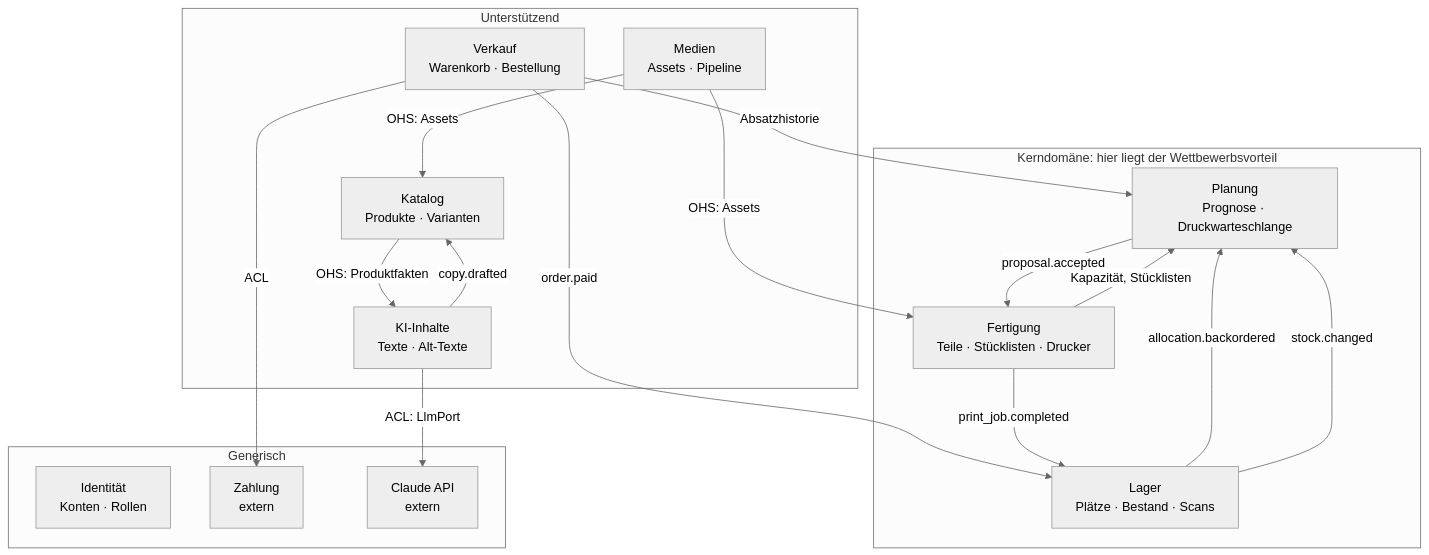
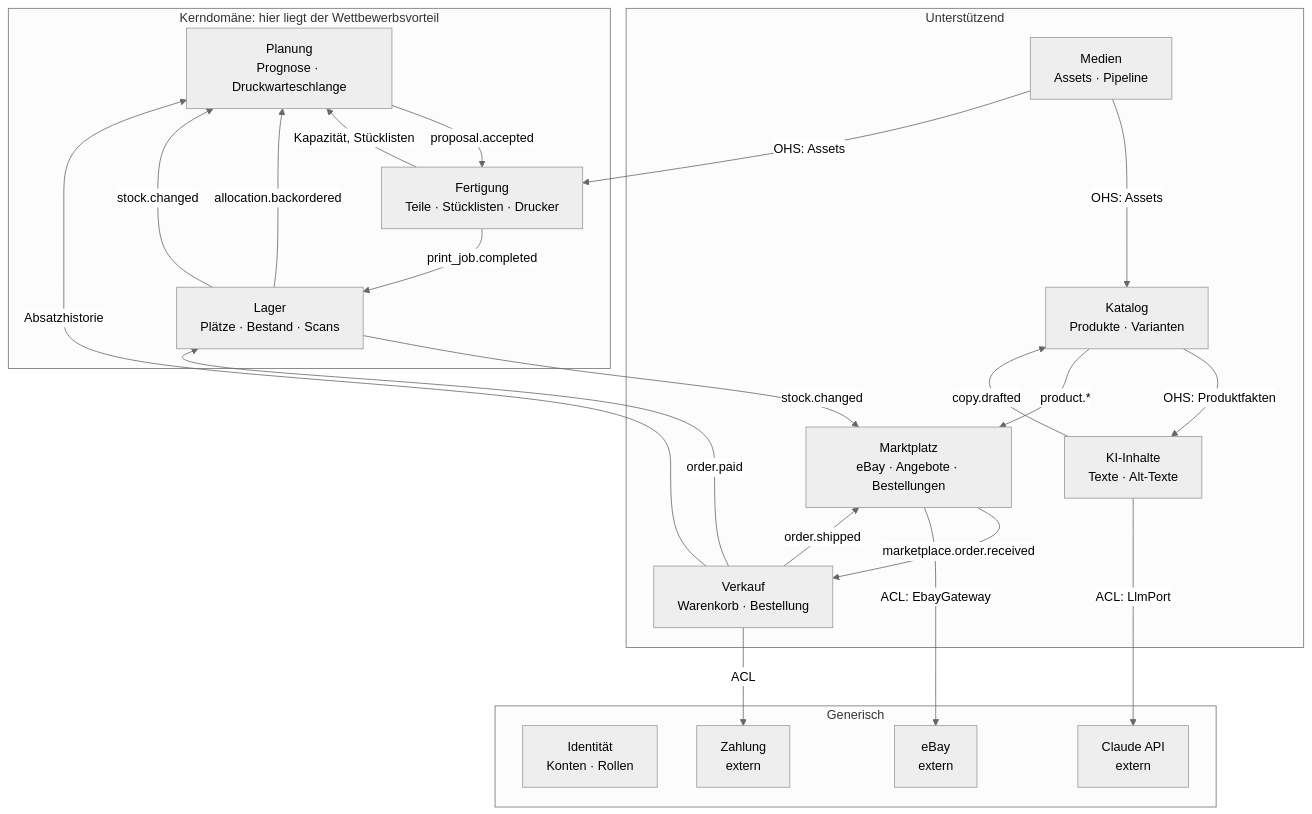
Before and after one commit to nelebolsewig-droid/modellbahn-shop: the first of 8 diagrams in docs/KONZEPT.md, drawn with Mermaid (neutral theme). The commit also changed other lines of this file and 116 other files, not shown here.

First line of the commit message:
eBay als zweiter Verkaufsweg: Angebote, Bestand, Bestellungen, Testmarktplatz (#8)

````diff
--- a/docs/KONZEPT.md
+++ b/docs/KONZEPT.md
@@ -165,33 +167,40 @@
 ```mermaid
 flowchart TB
     subgraph KERN["Kerndomäne: hier liegt der Wettbewerbsvorteil"]
         PLAN["Planung<br/>Prognose · Druckwarteschlange"]
         MFG["Fertigung<br/>Teile · Stücklisten · Drucker"]
         INV["Lager<br/>Plätze · Bestand · Scans"]
     end
     subgraph SUP["Unterstützend"]
         CAT["Katalog<br/>Produkte · Varianten"]
         SAL["Verkauf<br/>Warenkorb · Bestellung"]
         MED["Medien<br/>Assets · Pipeline"]
         AIC["KI-Inhalte<br/>Texte · Alt-Texte"]
+        MKT["Marktplatz<br/>eBay · Angebote · Bestellungen"]
     end
     subgraph GEN["Generisch"]
         IDN["Identität<br/>Konten · Rollen"]
         PAYX["Zahlung<br/>extern"]
         LLM["Claude API<br/>extern"]
+        EBX["eBay<br/>extern"]
     end
 
     SAL -- "order.paid" --> INV
     INV -- "allocation.backordered" --> PLAN
     INV -- "stock.changed" --> PLAN
     SAL -- "Absatzhistorie" --> PLAN
     MFG -- "Kapazität, Stücklisten" --> PLAN
     PLAN -- "proposal.accepted" --> MFG
     MFG -- "print_job.completed" --> INV
     CAT -- "OHS: Produktfakten" --> AIC
     AIC -- "copy.drafted" --> CAT
     MED -- "OHS: Assets" --> CAT
     MED -- "OHS: Assets" --> MFG
     SAL -- "ACL" --> PAYX
     AIC -- "ACL: LlmPort" --> LLM
+    CAT -- "product.*" --> MKT
+    INV -- "stock.changed" --> MKT
+    MKT -- "marketplace.order.received" --> SAL
+    SAL -- "order.shipped" --> MKT
+    MKT -- "ACL: EbayGateway" --> EBX
 ```
````
